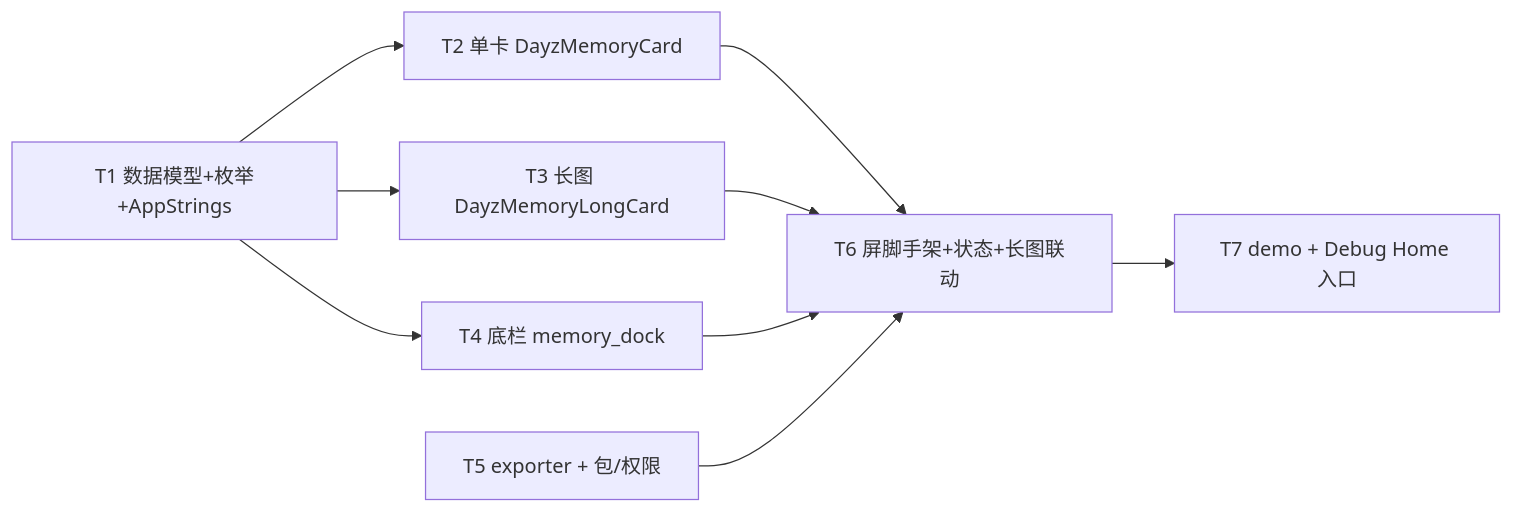
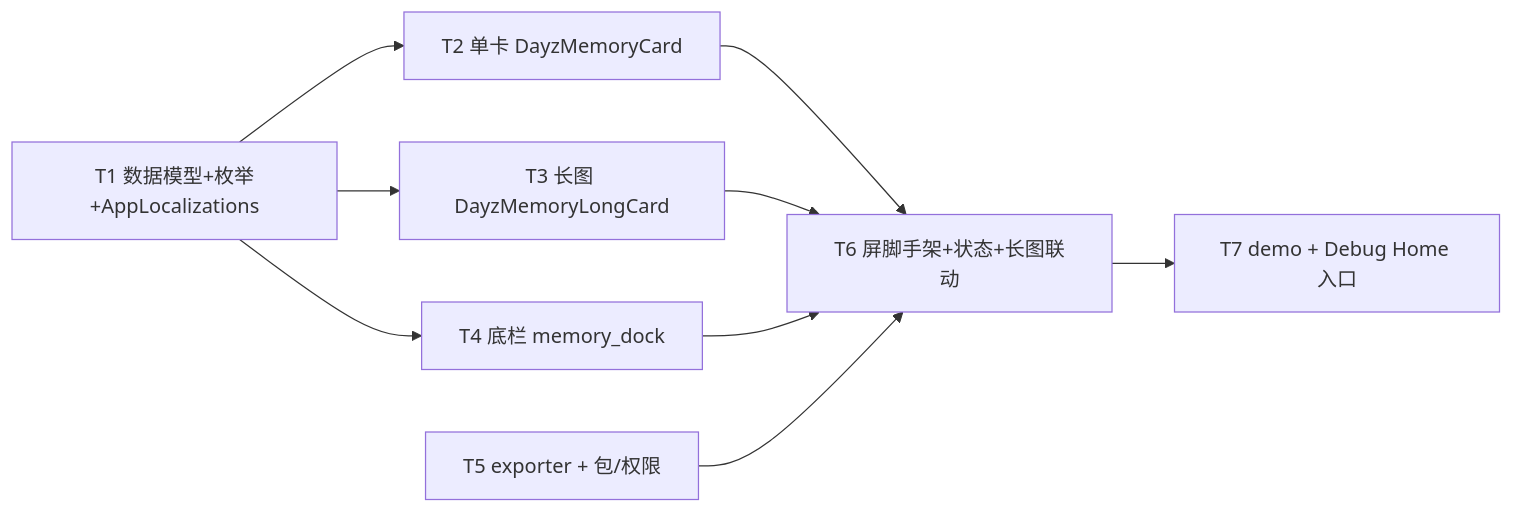
The diagram in specs/active/memory-card-export/tasks.md (cr1992/DayZ), drawn with Mermaid before and after one commit. The commit also changed other lines of this file and 104 other files, not shown here.

````diff
--- a/specs/active/memory-card-export/tasks.md
+++ b/specs/active/memory-card-export/tasks.md
@@ -13,12 +13,12 @@
 ```mermaid
 graph LR
-  T1[T1 数据模型+枚举+AppStrings] --> T2[T2 单卡 DayzMemoryCard]
+  T1[T1 数据模型+枚举+AppLocalizations] --> T2[T2 单卡 DayzMemoryCard]
   T1 --> T3[T3 长图 DayzMemoryLongCard]
   T1 --> T4[T4 底栏 memory_dock]
   T5[T5 exporter + 包/权限]
   T2 --> T6[T6 屏脚手架+状态+长图联动]
   T3 --> T6
   T4 --> T6
   T5 --> T6
   T6 --> T7[T7 demo + Debug Home 入口]
 ```
````
